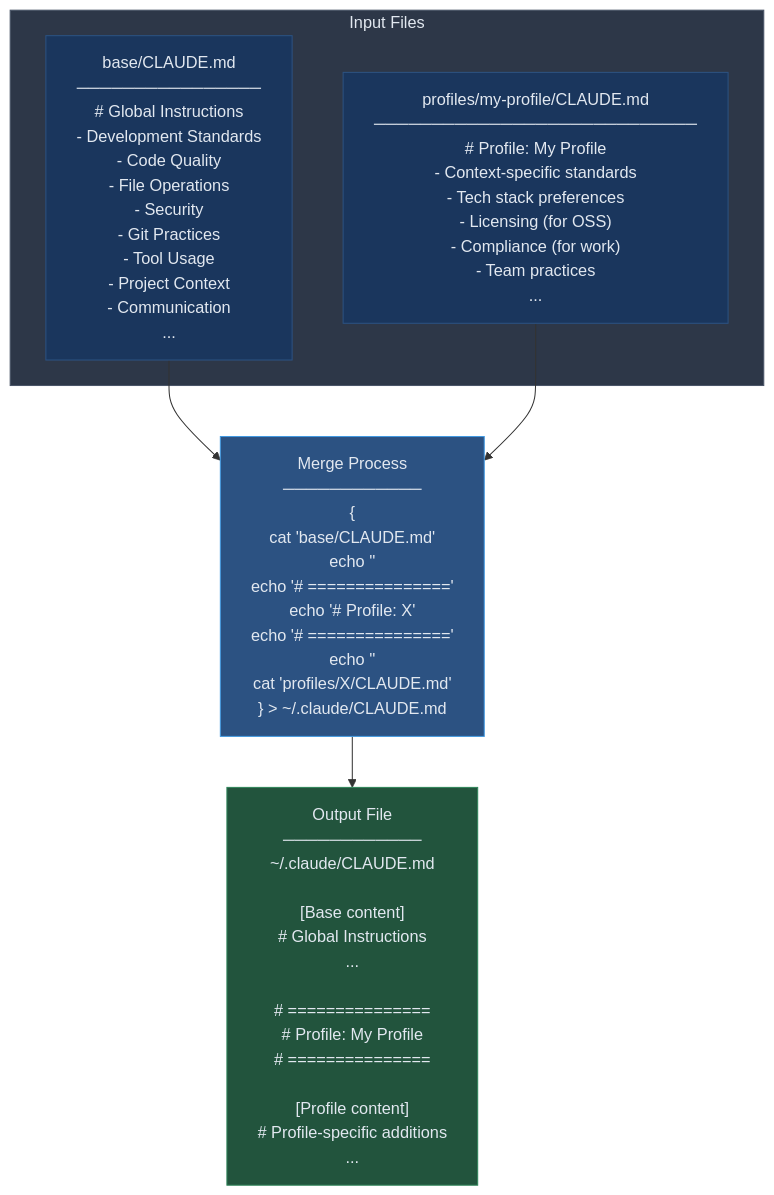
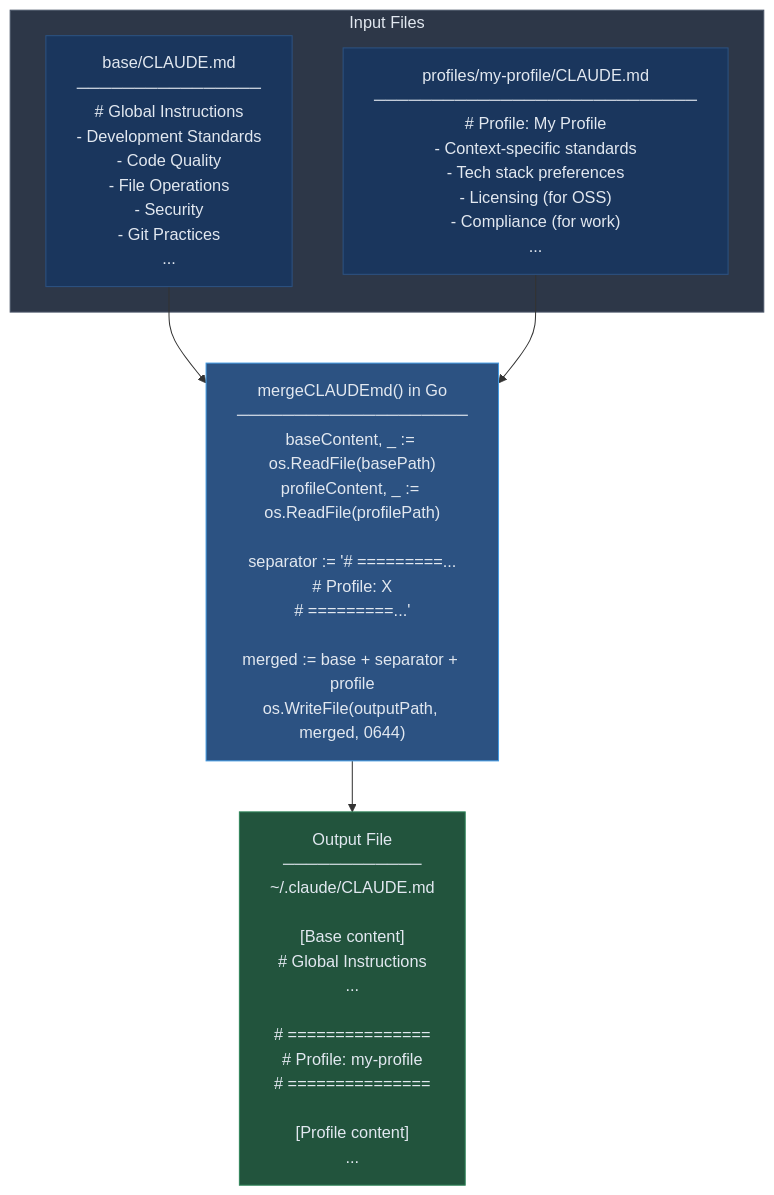
Before and after one commit to blackwell-systems/dotclaude: the fifth of 5 diagrams in docs/ARCHITECTURE.md, drawn with Mermaid. The commit also changed other lines of this file, not shown here.

First line of the commit message:
docs: Rewrite ARCHITECTURE.md for Go migration

````diff
--- a/docs/ARCHITECTURE.md
+++ b/docs/ARCHITECTURE.md
@@ -191,22 +229,22 @@
 ```mermaid
 flowchart TB
     subgraph inputs["Input Files"]
-        base["base/CLAUDE.md<br/>────────────────<br/># Global Instructions<br/>- Development Standards<br/>- Code Quality<br/>- File Operations<br/>- Security<br/>- Git Practices<br/>- Tool Usage<br/>- Project Context<br/>- Communication<br/>..."]
+        base["base/CLAUDE.md<br/>────────────────<br/># Global Instructions<br/>- Development Standards<br/>- Code Quality<br/>- File Operations<br/>- Security<br/>- Git Practices<br/>..."]
 
-        profile["profiles/my-profile/CLAUDE.md<br/>────────────────────────────<br/># Profile: My Profile<br/>- Context-specific standards<br/>- Tech stack preferences<br/>- Licensing (for OSS)<br/>- Compliance (for work)<br/>- Team practices<br/>..."]
+        profile["profiles/my-profile/CLAUDE.md<br/>────────────────────────────<br/># Profile: My Profile<br/>- Context-specific standards<br/>- Tech stack preferences<br/>- Licensing (for OSS)<br/>- Compliance (for work)<br/>..."]
     end
 
-    merge["Merge Process<br/>────────────<br/>{<br/>  cat 'base/CLAUDE.md'<br/>  echo ''<br/>  echo '# ==============='<br/>  echo '# Profile: X'<br/>  echo '# ==============='<br/>  echo ''<br/>  cat 'profiles/X/CLAUDE.md'<br/>} > ~/.claude/CLAUDE.md"]
+    merge["mergeCLAUDEmd() in Go<br/>────────────────────<br/>baseContent, _ := os.ReadFile(basePath)<br/>profileContent, _ := os.ReadFile(profilePath)<br/><br/>separator := '# =========...<br/># Profile: X<br/># =========...'<br/><br/>merged := base + separator + profile<br/>os.WriteFile(outputPath, merged, 0644)"]
 
-    output["Output File<br/>────────────<br/>~/.claude/CLAUDE.md<br/><br/>[Base content]<br/># Global Instructions<br/>...<br/><br/># ===============<br/># Profile: My Profile<br/># ===============<br/><br/>[Profile content]<br/># Profile-specific additions<br/>..."]
+    output["Output File<br/>────────────<br/>~/.claude/CLAUDE.md<br/><br/>[Base content]<br/># Global Instructions<br/>...<br/><br/># ===============<br/># Profile: my-profile<br/># ===============<br/><br/>[Profile content]<br/>..."]
 
     base --> merge
     profile --> merge
     merge --> output
 
     style inputs fill:#2d3748,stroke:#4a5568,color:#e2e8f0
     style base fill:#1a365d,stroke:#2c5282,color:#e2e8f0
     style profile fill:#1a365d,stroke:#2c5282,color:#e2e8f0
     style merge fill:#2c5282,stroke:#4299e1,color:#e2e8f0
     style output fill:#22543d,stroke:#2f855a,color:#e2e8f0
 ```
````
